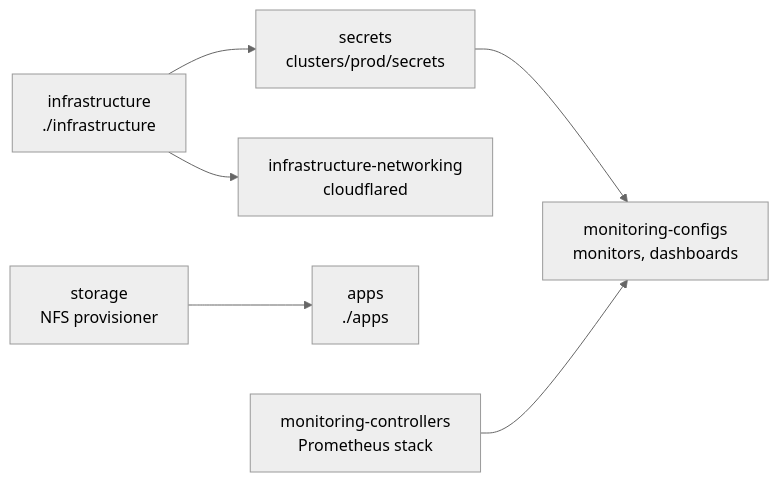
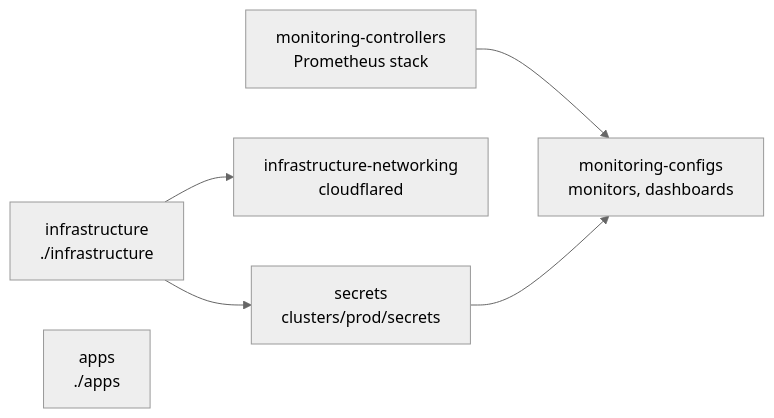
One commit to yuandrk/homelabops changed the diagram in docs/gitops.md. Above: the diagram before and after it, drawn with Mermaid (neutral theme). The commit also changed other lines of this file and 20 other files, not shown here.

First line of the commit message:
storage: remove the NFS provisioner and the old worker1 volumes

````diff
--- a/docs/gitops.md
+++ b/docs/gitops.md
@@ -12,8 +12,8 @@
 ```mermaid
 flowchart LR
     infra["infrastructure<br/>./infrastructure"] --> secrets["secrets<br/>clusters/prod/secrets"]
     infra --> net["infrastructure-networking<br/>cloudflared"]
-    storage["storage<br/>NFS provisioner"] --> apps["apps<br/>./apps"]
     monc["monitoring-controllers<br/>Prometheus stack"] --> monconf["monitoring-configs<br/>monitors, dashboards"]
     secrets --> monconf
+    apps["apps<br/>./apps"]
 ```
````
